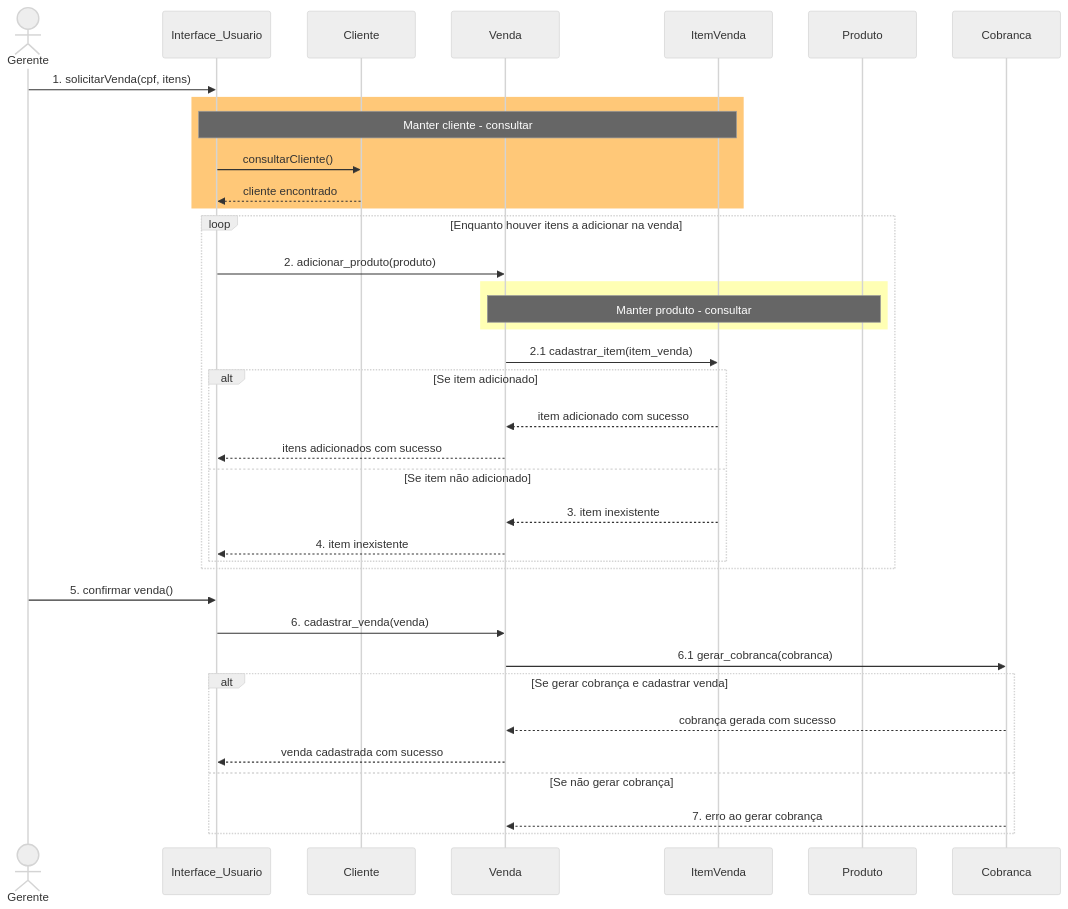
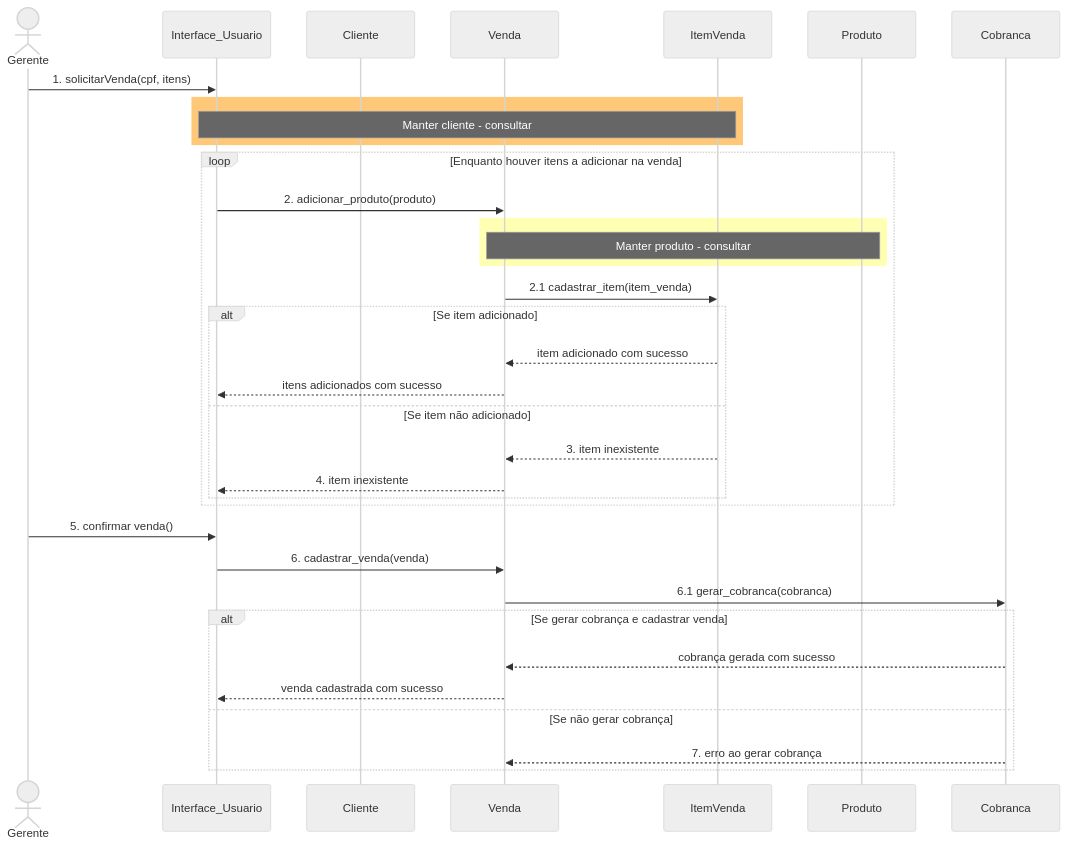
One commit to Projeito-Vendas-de-Cosmeticos/Comesticos-doc changed the sixth of 6 diagrams in Documetos/Documento_Visao.md. Above: the diagram before and after it, drawn with Mermaid (neutral theme).

````diff
--- a/Documetos/Documento_Visao.md
+++ b/Documetos/Documento_Visao.md
@@ -207,48 +207,46 @@
 ```mermaid
 sequenceDiagram
     actor Gerente
     participant IU as Interface_Usuario
     participant Cliente
     participant Venda
     participant ItemVenda
     participant Produto
     participant Cobranca
 
     Gerente ->> IU: 1. solicitarVenda(cpf, itens)
 
     rect rgb(255,200,120)
         note over IU,ItemVenda: Manter cliente - consultar
-        IU ->> Cliente: consultarCliente()
-        Cliente -->> IU: cliente encontrado
     end
 
     loop Enquanto houver itens a adicionar na venda
         IU ->> Venda: 2. adicionar_produto(produto)
 
         rect rgb(255,255,180)
             note over Venda,Produto: Manter produto - consultar
         end
 
         Venda ->> ItemVenda: 2.1 cadastrar_item(item_venda)
 
         alt Se item adicionado
             ItemVenda -->> Venda: item adicionado com sucesso
             Venda -->> IU: itens adicionados com sucesso
         else Se item não adicionado
             ItemVenda -->> Venda: 3. item inexistente
             Venda -->> IU: 4. item inexistente
         end
     end
 
     Gerente ->> IU: 5. confirmar venda()
     IU ->> Venda: 6. cadastrar_venda(venda)
 
     Venda ->> Cobranca: 6.1 gerar_cobranca(cobranca)
 
     alt Se gerar cobrança e cadastrar venda
         Cobranca -->> Venda: cobrança gerada com sucesso
         Venda -->> IU: venda cadastrada com sucesso
     else Se não gerar cobrança
         Cobranca -->> Venda: 7. erro ao gerar cobrança
     end
 ```
````
